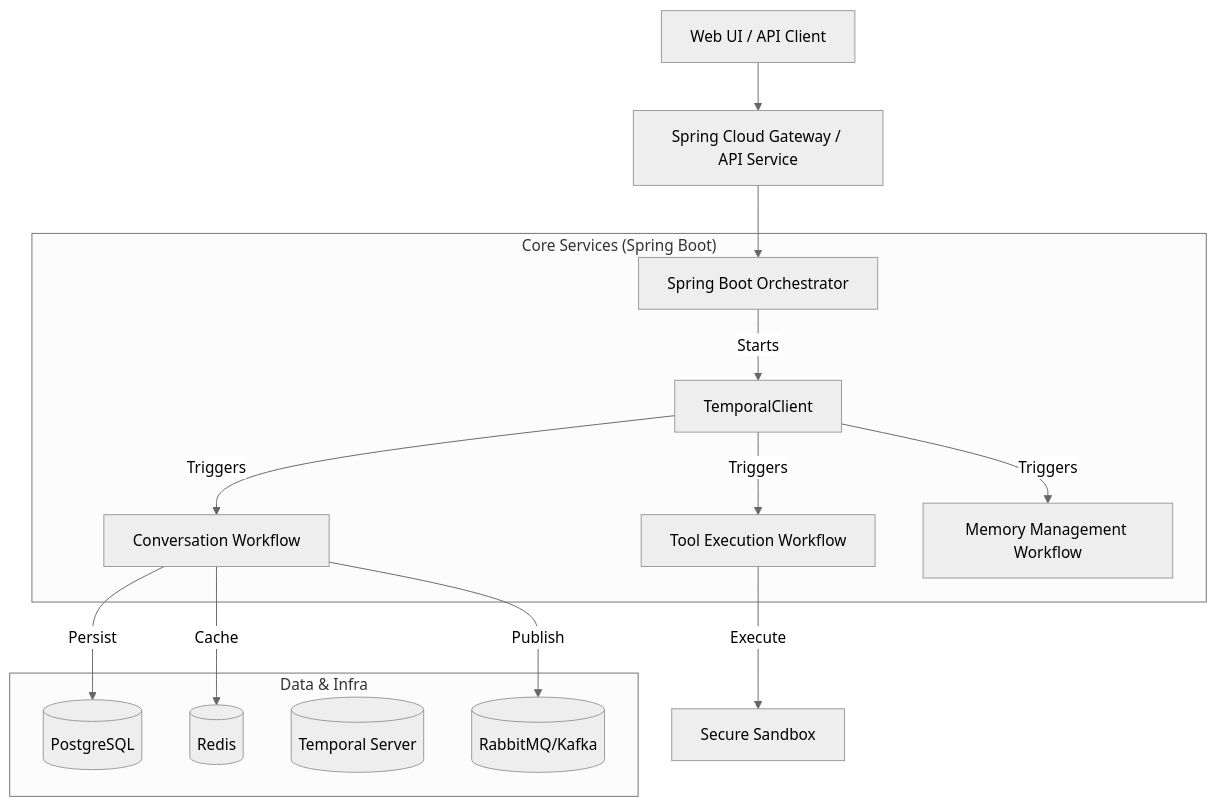
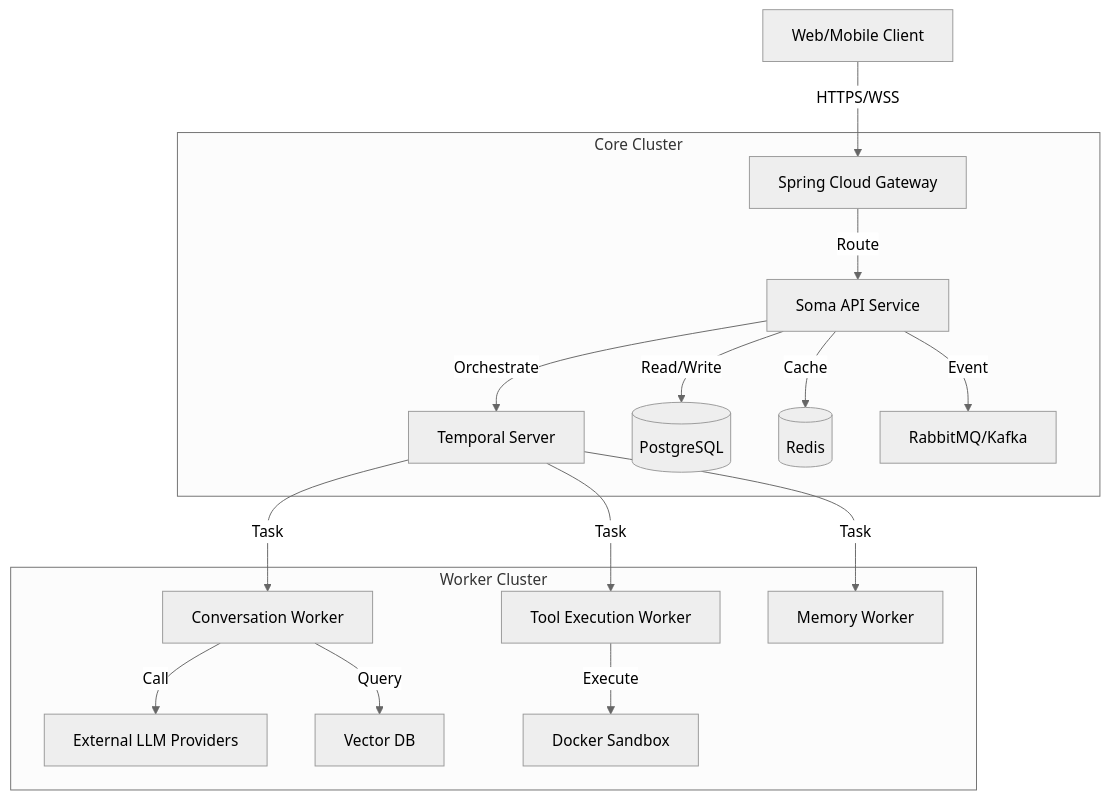
Before and after one commit to somatechlat/somaagent01: the diagram in SRS.md, drawn with Mermaid (neutral theme). The commit also changed other lines of this file, not shown here.

First line of the commit message:
feat: Create detailed SRS.md (v2) for Spring Boot Migration

````diff
--- a/SRS.md
+++ b/SRS.md
@@ -84,25 +36,24 @@
 ```mermaid
 graph TD
-    Client[Web UI / API Client] --> Gateway[Spring Cloud Gateway / API Service]
-    Gateway --> Orchestrator[Spring Boot Orchestrator]
+    Client[Web/Mobile Client] -->|HTTPS/WSS| Gateway[Spring Cloud Gateway]
 
-    subgraph "Core Services (Spring Boot)"
-        Orchestrator --> |Starts| TemporalClient
-        TemporalClient --> |Triggers| W_Conv[Conversation Workflow]
-        TemporalClient --> |Triggers| W_Tool[Tool Execution Workflow]
-        TemporalClient --> |Triggers| W_Mem[Memory Management Workflow]
+    subgraph "Core Cluster"
+        Gateway -->|Route| API[Soma API Service]
+        API -->|Orchestrate| Temporal[Temporal Server]
+
+        API -->|Read/Write| DB[(PostgreSQL)]
+        API -->|Cache| Redis[(Redis)]
+        API -->|Event| Broker[RabbitMQ/Kafka]
     end
 
-    subgraph "Data & Infra"
-        DB[(PostgreSQL)]
-        Redis[(Redis)]
-        Temporal[(Temporal Server)]
-        Broker[(RabbitMQ/Kafka)]
+    subgraph "Worker Cluster"
+        Temporal -->|Task| W_Conv[Conversation Worker]
+        Temporal -->|Task| W_Tool[Tool Execution Worker]
+        Temporal -->|Task| W_Mem[Memory Worker]
+
+        W_Conv -->|Call| LLM[External LLM Providers]
+        W_Conv -->|Query| Vector[Vector DB]
+
+        W_Tool -->|Execute| Sandbox[Docker Sandbox]
     end
-
-    W_Conv --> |Persist| DB
-    W_Conv --> |Cache| Redis
-    W_Conv --> |Publish| Broker
-
-    W_Tool --> |Execute| Sandbox[Secure Sandbox]
 ```
````
